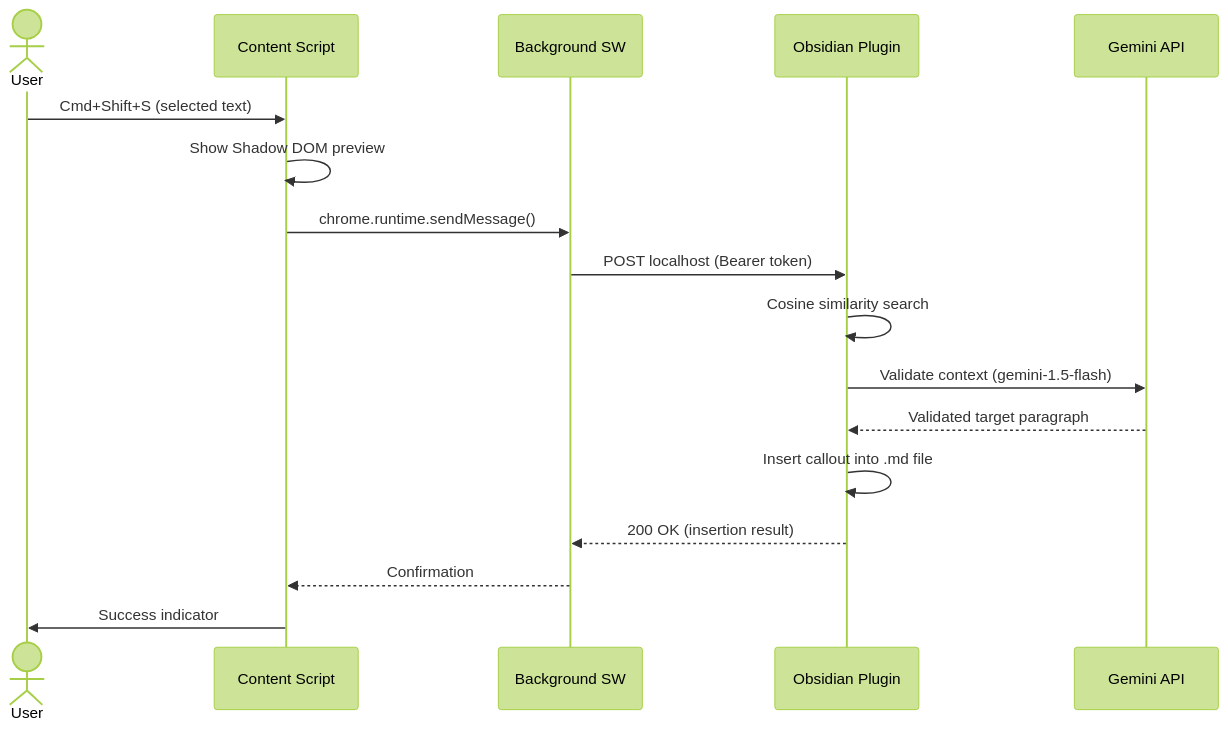
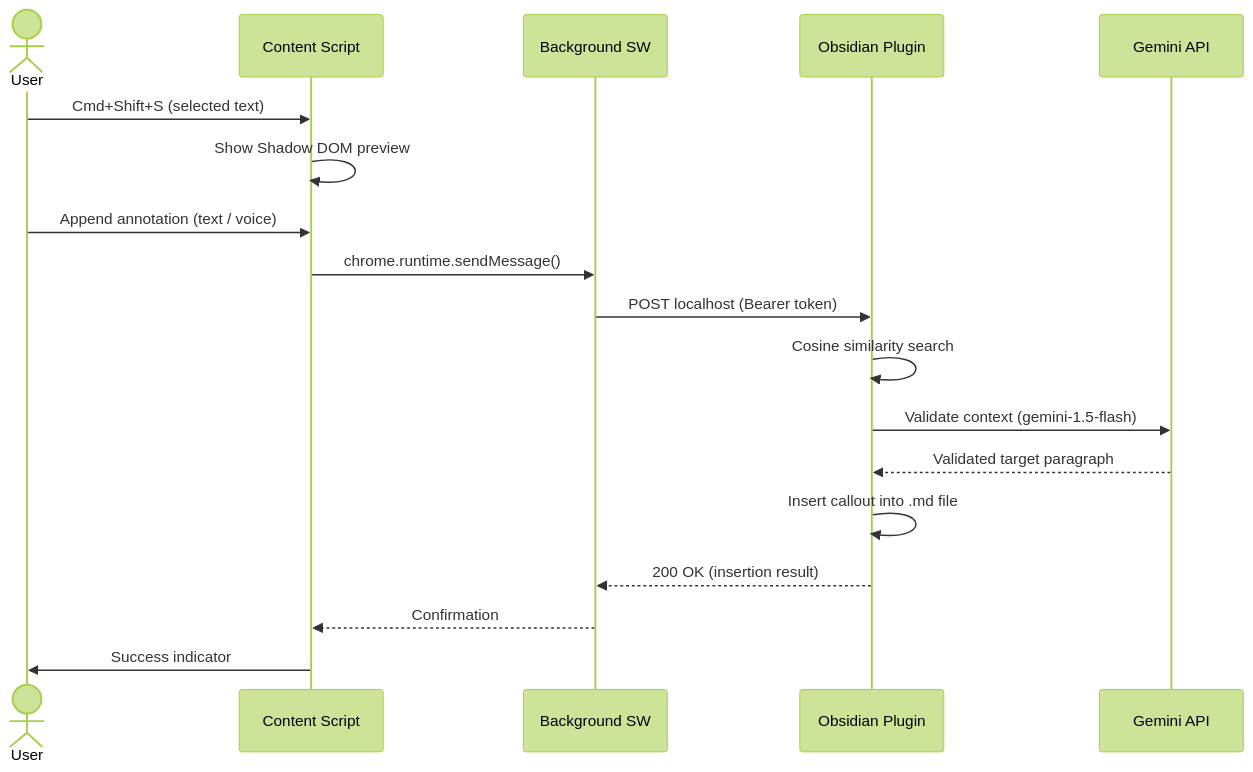
One commit to TomTroll/KnowledgeFlow changed the diagram in KnowledgeFlow-Workspace/README.md. Above: the diagram before and after it, drawn with Mermaid (forest theme). The commit also changed other lines of this file, not shown here.

Commit message:
docs: update technical requirements and user flow to incorporate Web Speech API annotations and enriched AI context routing

````diff
--- a/KnowledgeFlow-Workspace/README.md
+++ b/KnowledgeFlow-Workspace/README.md
@@ -43,20 +51,21 @@
 ```mermaid
 sequenceDiagram
     actor User
     participant CS as Content Script
     participant BG as Background SW
     participant OP as Obsidian Plugin
     participant AI as Gemini API
 
     User->>CS: Cmd+Shift+S (selected text)
     CS->>CS: Show Shadow DOM preview
+    User->>CS: Append annotation (text / voice)
     CS->>BG: chrome.runtime.sendMessage()
     BG->>OP: POST localhost (Bearer token)
     OP->>OP: Cosine similarity search
     OP->>AI: Validate context (gemini-1.5-flash)
     AI-->>OP: Validated target paragraph
     OP->>OP: Insert callout into .md file
     OP-->>BG: 200 OK (insertion result)
     BG-->>CS: Confirmation
     CS->>User: Success indicator
 ```
````
